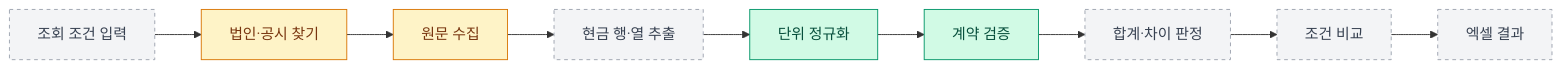
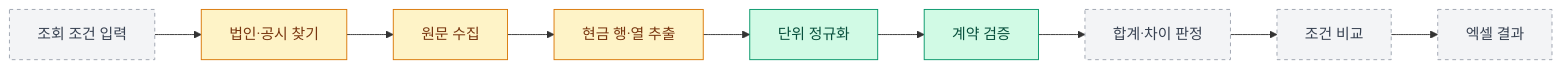
Before and after one commit to YUJAEYUN/Dartness: the diagram in docs/system-status.md, drawn with Mermaid. The commit also changed other lines of this file and 12 other files, not shown here.

````diff
--- a/docs/system-status.md
+++ b/docs/system-status.md
@@ -11,18 +11,18 @@
 ```mermaid
 flowchart LR
     A[조회 조건 입력] --> B[법인·공시 찾기]
     B --> C[원문 수집]
     C --> D[현금 행·열 추출]
     D --> E[단위 정규화]
     E --> F[계약 검증]
     F --> G[합계·차이 판정]
     G --> H[조건 비교]
     H --> I[엑셀 결과]
 
     classDef done fill:#d1fae5,stroke:#059669,color:#064e3b
     classDef partial fill:#fef3c7,stroke:#d97706,color:#78350f
     classDef todo fill:#f3f4f6,stroke:#9ca3af,color:#374151,stroke-dasharray:4
     class E,F done
-    class B,C partial
-    class A,D,G,H,I todo
+    class B,C,D partial
+    class A,G,H,I todo
 ```
````
